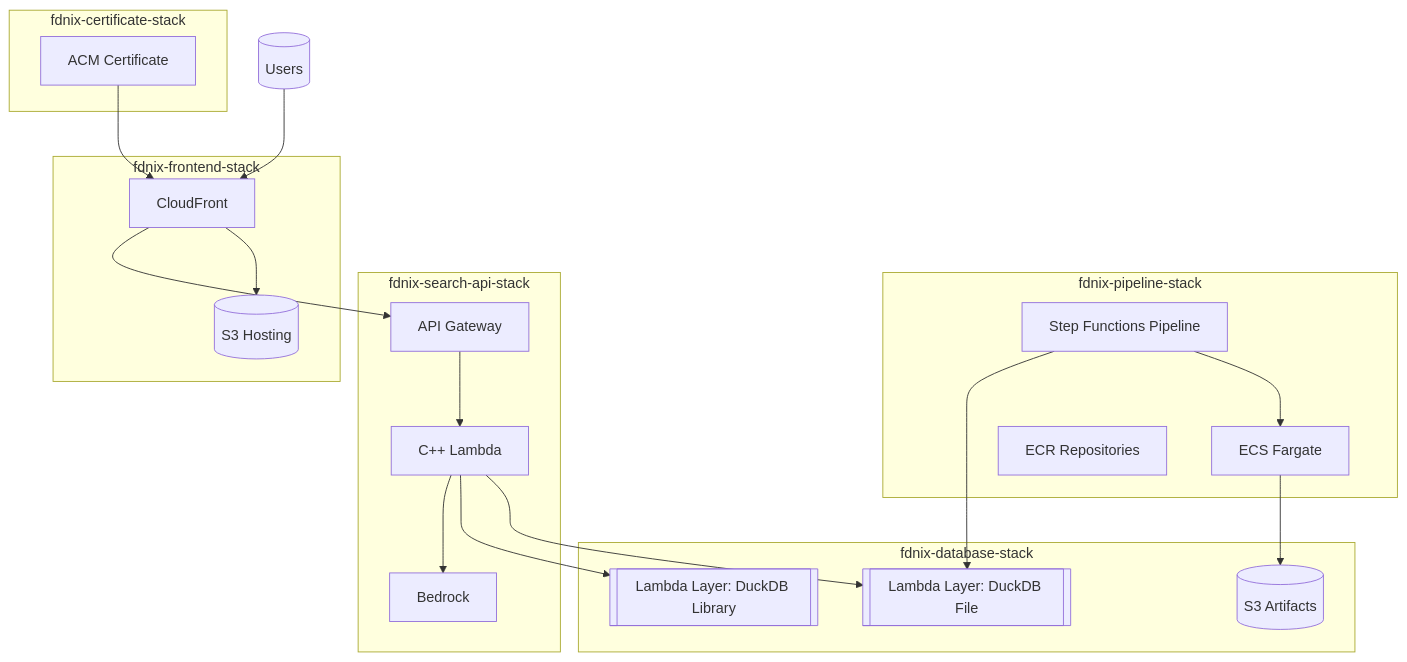
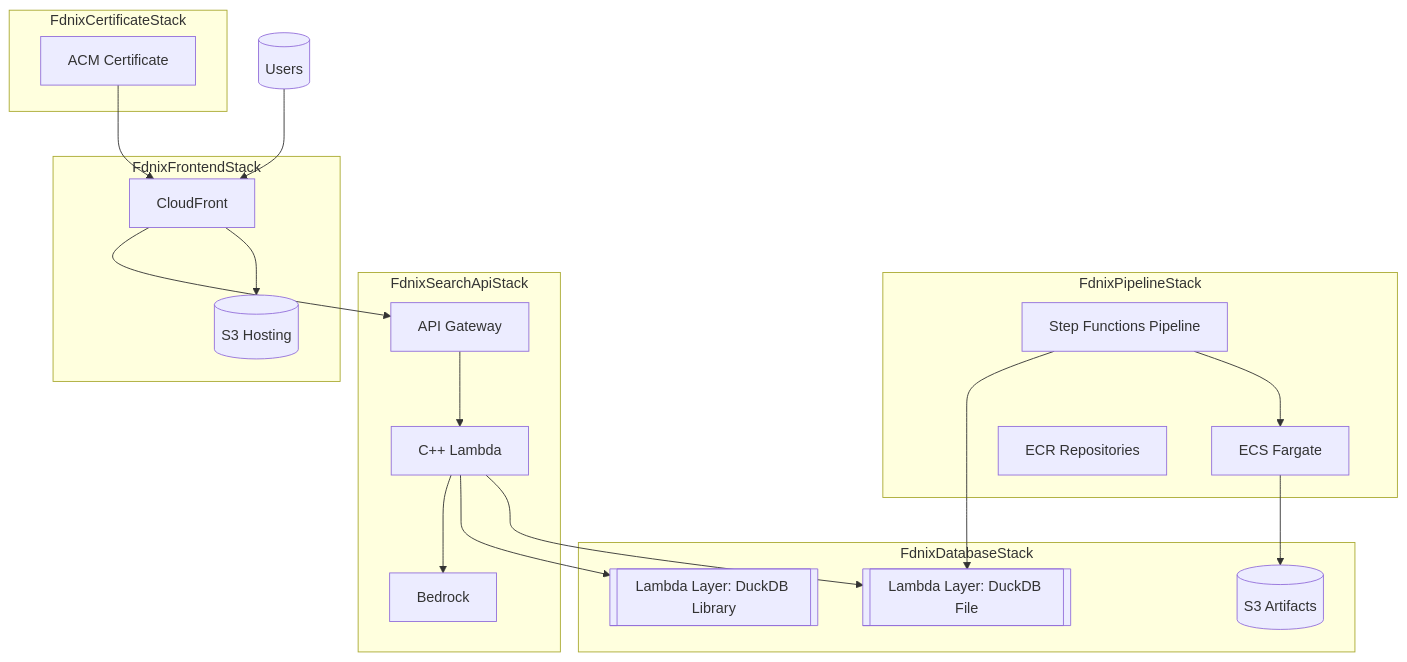
The first of 4 diagrams in packages/cdk/README.md (james-ralph8555/fdnix), drawn with Mermaid before and after one commit. The commit also changed other lines of this file and 2 other files, not shown here.

````diff
--- a/packages/cdk/README.md
+++ b/packages/cdk/README.md
@@ -17,43 +17,43 @@
 ```mermaid
 graph TD
-    subgraph "fdnix-certificate-stack"
+    subgraph "FdnixCertificateStack"
         cert[ACM Certificate]
     end
 
-    subgraph "fdnix-database-stack"
+    subgraph "FdnixDatabaseStack"
         s3_artifacts[(S3 Artifacts)]
         db_layer[[Lambda Layer: DuckDB File]]
         db_lib_layer[[Lambda Layer: DuckDB Library]]
     end
 
-    subgraph "fdnix-pipeline-stack"
+    subgraph "FdnixPipelineStack"
         sfn[Step Functions Pipeline]
         ecs[ECS Fargate]
         ecr[ECR Repositories]
     end
 
-    subgraph "fdnix-search-api-stack"
+    subgraph "FdnixSearchApiStack"
         api[API Gateway]
         lambda[C++ Lambda]
         bedrock[Bedrock]
     end
 
-    subgraph "fdnix-frontend-stack"
+    subgraph "FdnixFrontendStack"
         cf[CloudFront]
         s3_hosting[(S3 Hosting)]
     end
 
     user[(Users)] --> cf
     cf --> s3_hosting
     cf --> api
     api --> lambda
     lambda --> db_layer
     lambda --> db_lib_layer
     lambda --> bedrock
 
     sfn --> ecs
     ecs --> s3_artifacts
     sfn --> db_layer
 
     cert --> cf
 ```
````
